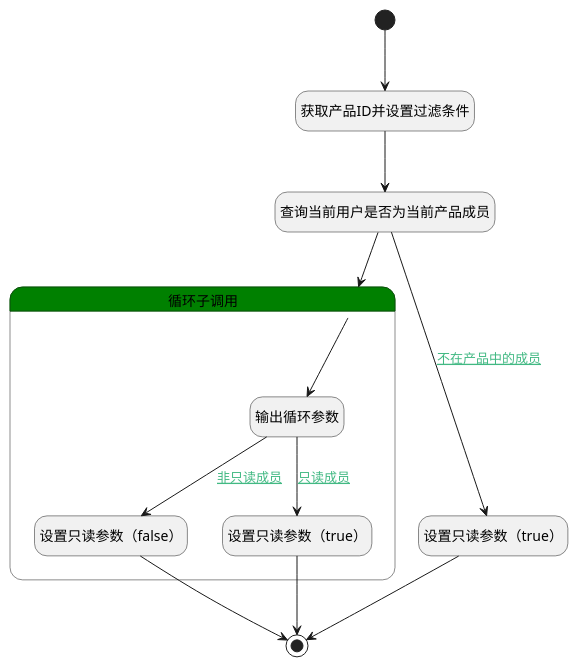
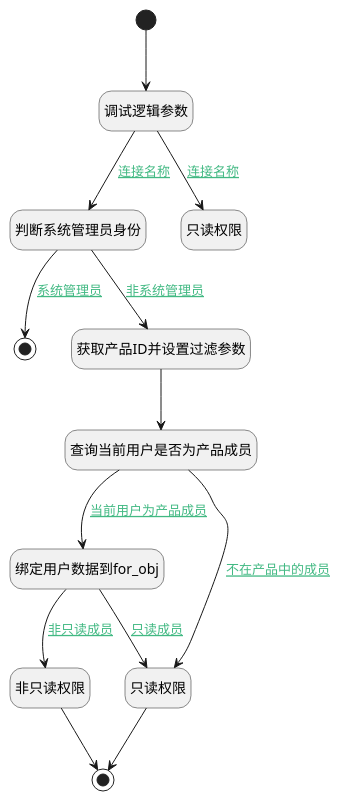
The diagram in doc/docsify/module/ProdMgmt/customer/logic/get_product_member.md (iBizLab/plm), drawn with PlantUML before and after one commit. The commit also changed other lines of this file and 1068 other files, not shown here.

````diff
--- a/doc/docsify/module/ProdMgmt/customer/logic/get_product_member.md
+++ b/doc/docsify/module/ProdMgmt/customer/logic/get_product_member.md
@@ -7,36 +7,39 @@
 ```plantuml
 @startuml
 hide empty description
 <style>
 root {
   HyperlinkColor #42b983
 }
 </style>
 
 hide empty description
 state "开始" as Begin <<start>> [[$./get_product_member#begin {"开始"}]]
-state "获取产品ID并设置过滤条件" as PREPAREPARAM2  [[$./get_product_member#prepareparam2 {"获取产品ID并设置过滤条件"}]]
-state "查询当前用户是否为当前产品成员" as DEDATASET3  [[$./get_product_member#dedataset3 {"查询当前用户是否为当前产品成员"}]]
-state "设置只读参数（true）" as PREPAREPARAM8  [[$./get_product_member#prepareparam8 {"设置只读参数（true）"}]]
+state "调试逻辑参数" as DEBUGPARAM1  [[$./get_product_member#debugparam1 {"调试逻辑参数"}]]
+state "判断系统管理员身份" as RAWSFCODE3  [[$./get_product_member#rawsfcode3 {"判断系统管理员身份"}]]
+state "结束" as END2 <<end>> [[$./get_product_member#end2 {"结束"}]]
+state "获取产品ID并设置过滤参数" as PREPAREPARAM2  [[$./get_product_member#prepareparam2 {"获取产品ID并设置过滤参数"}]]
+state "查询当前用户是否为产品成员" as DEDATASET3  [[$./get_product_member#dedataset3 {"查询当前用户是否为产品成员"}]]
+state "绑定用户数据到for_obj" as PREPAREPARAM5  [[$./get_product_member#prepareparam5 {"绑定用户数据到for_obj"}]]
+state "只读权限" as RAWSFCODE1  [[$./get_product_member#rawsfcode1 {"只读权限"}]]
+state "非只读权限" as RAWSFCODE2  [[$./get_product_member#rawsfcode2 {"非只读权限"}]]
 state "结束" as END6 <<end>> [[$./get_product_member#end6 {"结束"}]]
-state "循环子调用" as LOOPSUBCALL3  [[$./get_product_member#loopsubcall3 {"循环子调用"}]] #green {
-state "输出循环参数" as DEBUGPARAM6  [[$./get_product_member#debugparam6 {"输出循环参数"}]]
-state "设置只读参数（false）" as PREPAREPARAM9  [[$./get_product_member#prepareparam9 {"设置只读参数（false）"}]]
-state "设置只读参数（true）" as PREPAREPARAM10  [[$./get_product_member#prepareparam10 {"设置只读参数（true）"}]]
-}
+state "只读权限" as RAWSFCODE4  [[$./get_product_member#rawsfcode4 {"只读权限"}]]
 
 
-Begin --> PREPAREPARAM2
+Begin --> DEBUGPARAM1
+DEBUGPARAM1 --> RAWSFCODE3 : [[$./get_product_member#debugparam1-rawsfcode3{连接名称} 连接名称]]
+RAWSFCODE3 --> PREPAREPARAM2 : [[$./get_product_member#rawsfcode3-prepareparam2{非系统管理员} 非系统管理员]]
 PREPAREPARAM2 --> DEDATASET3
-DEDATASET3 --> LOOPSUBCALL3
-LOOPSUBCALL3 --> DEBUGPARAM6
-DEBUGPARAM6 --> PREPAREPARAM9 : [[$./get_product_member#debugparam6-prepareparam9{非只读成员} 非只读成员]]
-PREPAREPARAM9 --> END6
-DEBUGPARAM6 --> PREPAREPARAM10 : [[$./get_product_member#debugparam6-prepareparam10{只读成员} 只读成员]]
-PREPAREPARAM10 --> END6
-DEDATASET3 --> PREPAREPARAM8 : [[$./get_product_member#dedataset3-prepareparam8{不在产品中的成员} 不在产品中的成员]]
-PREPAREPARAM8 --> END6
+DEDATASET3 --> RAWSFCODE1 : [[$./get_product_member#dedataset3-rawsfcode1{不在产品中的成员} 不在产品中的成员]]
+RAWSFCODE1 --> END6
+DEDATASET3 --> PREPAREPARAM5 : [[$./get_product_member#dedataset3-prepareparam5{当前用户为产品成员} 当前用户为产品成员]]
+PREPAREPARAM5 --> RAWSFCODE2 : [[$./get_product_member#prepareparam5-rawsfcode2{非只读成员} 非只读成员]]
+RAWSFCODE2 --> END6
+PREPAREPARAM5 --> RAWSFCODE1 : [[$./get_product_member#prepareparam5-rawsfcode1{只读成员} 只读成员]]
+RAWSFCODE3 --> END2 : [[$./get_product_member#rawsfcode3-end2{系统管理员} 系统管理员]]
+DEBUGPARAM1 --> RAWSFCODE4 : [[$./get_product_member#debugparam1-rawsfcode4{连接名称} 连接名称]]
 
 
 @enduml
 ```
````
